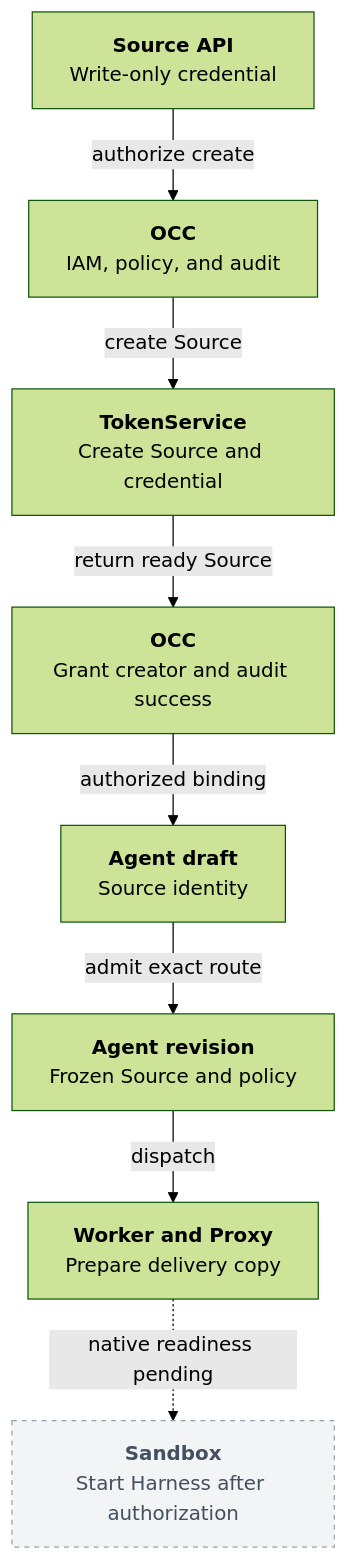
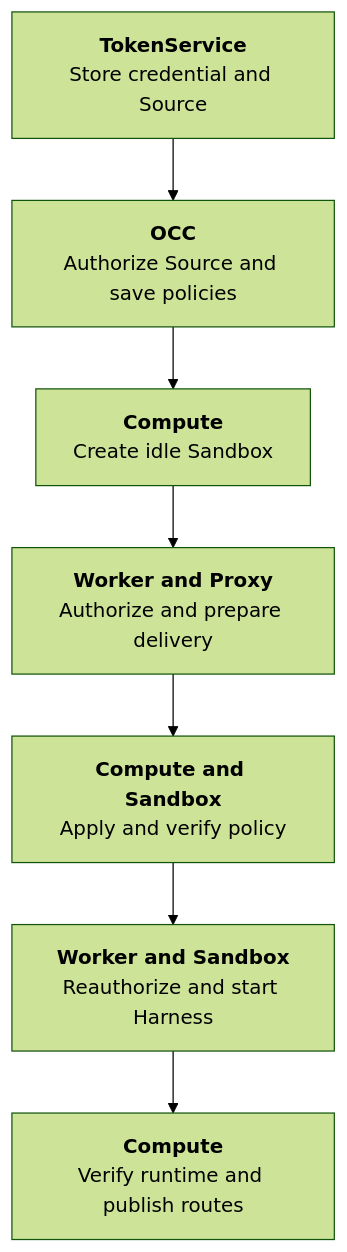
Before and after one commit to openclaw/openclaw-enterprise: the diagram in docs/flows/credential-source-lifecycle.md, drawn with Mermaid (forest theme). The commit also changed other lines of this file and 12 other files, not shown here.

Commit message:
docs: explain the credential flow and remaining implementation work

````diff
--- a/docs/flows/credential-source-lifecycle.md
+++ b/docs/flows/credential-source-lifecycle.md
@@ -23,12 +23,9 @@
 ```mermaid
 graph TD
-  API["<b>Source API</b><br/>Write-only credential"] -->|authorize create| OCC["<b>OCC</b><br/>IAM, policy, and audit"]
-  OCC -->|create Source| Owner["<b>TokenService</b><br/>Create Source and credential"]
-  Owner -->|return ready Source| Grants["<b>OCC</b><br/>Grant creator and audit success"]
-  Grants -->|authorized binding| Draft["<b>Agent draft</b><br/>Source identity"]
-  Draft -->|admit exact route| Revision["<b>Agent revision</b><br/>Frozen Source and policy"]
-  Revision -->|dispatch| Delivery["<b>Worker and Proxy</b><br/>Prepare delivery copy"]
-  Delivery -. native readiness pending .-> Start["<b>Sandbox</b><br/>Start Harness after authorization"]
-  classDef pending fill:#F3F4F6,stroke:#98A2AE,color:#44505F,stroke-dasharray:4 4
-  class Start pending
+  Register["<b>TokenService</b><br/>Store credential and Source"] --> Admit["<b>OCC</b><br/>Authorize Source and save policies"]
+  Admit --> Target["<b>Compute</b><br/>Create idle Sandbox"]
+  Target --> Delivery["<b>Worker and Proxy</b><br/>Authorize and prepare delivery"]
+  Delivery --> Ready["<b>Compute and Sandbox</b><br/>Apply and verify policy"]
+  Ready --> Activate["<b>Worker and Sandbox</b><br/>Reauthorize and start Harness"]
+  Activate --> Traffic["<b>Compute</b><br/>Verify runtime and publish routes"]
 ```
````
